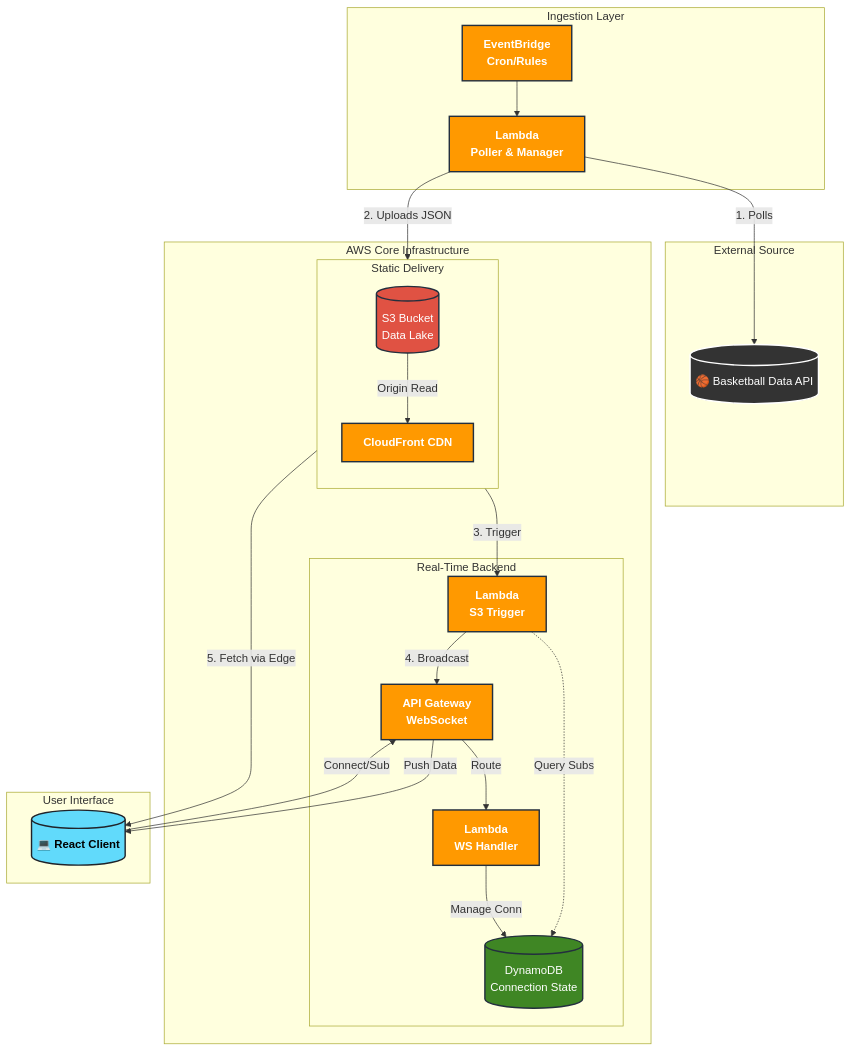
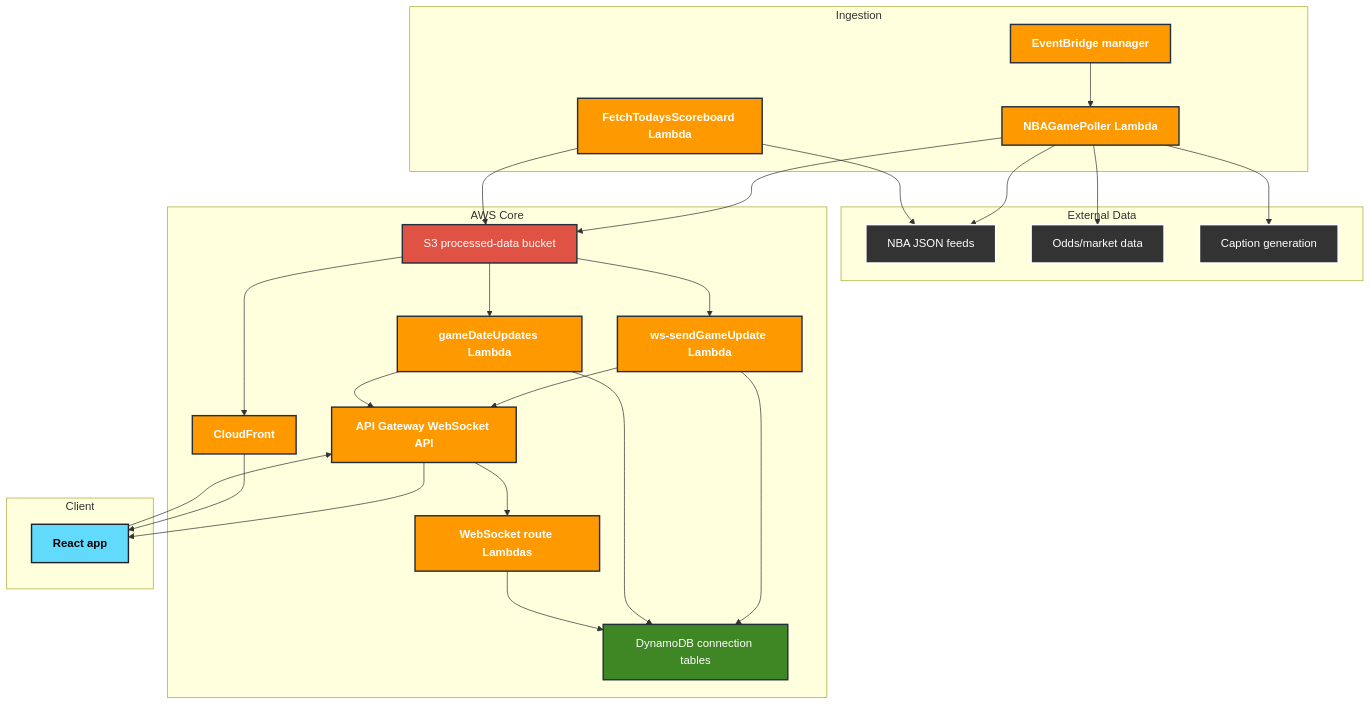
One commit to eaganro/MinutesMap changed the diagram in README.md. Above: the diagram before and after it, drawn with Mermaid. The commit also changed other lines of this file, not shown here.

````diff
--- a/README.md
+++ b/README.md
@@ -20,63 +26,57 @@
 ```mermaid
 flowchart TD
-    %% --- Styling ---
     classDef aws fill:#FF9900,stroke:#232F3E,stroke-width:2px,color:white,font-weight:bold;
     classDef storage fill:#E05243,stroke:#232F3E,stroke-width:2px,color:white;
     classDef db fill:#3F8624,stroke:#232F3E,stroke-width:2px,color:white;
     classDef client fill:#61DAFB,stroke:#20232a,stroke-width:2px,color:black,font-weight:bold;
     classDef ext fill:#333,stroke:#fff,stroke-width:2px,color:white;
 
-    %% --- Nodes ---
-    subgraph External [External Source]
-        DataAPI[("🏀 Basketball Data API")]:::ext
+    subgraph External["External Data"]
+        NBA["NBA JSON feeds"]:::ext
+        Odds["Odds/market data"]:::ext
+        AI["Caption generation"]:::ext
     end
 
-    subgraph Ingestion [Ingestion Layer]
-        EB[EventBridge<br/>Cron/Rules]:::aws
-        L_Poller[Lambda<br/>Poller & Manager]:::aws
+    subgraph Ingestion["Ingestion"]
+        Manager["EventBridge manager"]:::aws
+        Poller["NBAGamePoller Lambda"]:::aws
+        Scoreboard["FetchTodaysScoreboard Lambda"]:::aws
     end
 
-    subgraph Core [AWS Core Infrastructure]
-        %% We group S3 and CF together to force them to the right side
-        subgraph Static [Static Delivery]
-            direction TB
-            S3[("S3 Bucket<br/>Data Lake")]:::storage
-            CF[CloudFront CDN]:::aws
-        end
-
-        subgraph RealTime [Real-Time Backend]
-            L_Event[Lambda<br/>S3 Trigger]:::aws
-            L_WS[Lambda<br/>WS Handler]:::aws
-            DDB[("DynamoDB<br/>Connection State")]:::db
-            APIG[API Gateway<br/>WebSocket]:::aws
-        end
+    subgraph AWS["AWS Core"]
+        S3["S3 processed-data bucket"]:::storage
+        CF["CloudFront"]:::aws
+        GameNotifier["ws-sendGameUpdate Lambda"]:::aws
+        DateNotifier["gameDateUpdates Lambda"]:::aws
+        WsHandlers["WebSocket route Lambdas"]:::aws
+        DDB["DynamoDB connection tables"]:::db
+        APIG["API Gateway WebSocket API"]:::aws
     end
 
-    subgraph Frontend [User Interface]
-        Browser[("💻 React Client")]:::client
+    subgraph Client["Client"]
+        Browser["React app"]:::client
     end
 
-    %% --- Connections ---
+    Manager --> Poller
+    Poller --> NBA
+    Poller --> Odds
+    Poller --> AI
+    Poller --> S3
+    Scoreboard --> NBA
+    Scoreboard --> S3
 
-    %% 1. Ingestion Flow (Top to Bottom)
-    EB --> L_Poller
-    L_Poller -- 1. Polls --> DataAPI
-    L_Poller -- 2. Uploads JSON --> S3
+    S3 --> GameNotifier
+    S3 --> DateNotifier
+    GameNotifier --> DDB
+    DateNotifier --> DDB
+    GameNotifier --> APIG
+    DateNotifier --> APIG
 
-    %% 2. Notification Flow (Left Side)
-    S3 -- 3. Trigger --> L_Event
-    L_Event -. Query Subs .-> DDB
-    L_Event -- 4. Broadcast --> APIG
-    APIG -- Push Data --> Browser
+    Browser --> APIG
+    APIG --> WsHandlers
+    WsHandlers --> DDB
+    APIG --> Browser
 
-    %% 3. Static Data Flow (Right Side)
-    %% CHANGED: We model this as Data Flow (S3 -> CF) to avoid the upward arrow crossing
-    S3 -- Origin Read --> CF
-    CF -- 5. Fetch via Edge --> Browser
-
-    %% 4. WebSocket Connection (Bottom Up - inevitable, but cleaner now)
-    Browser -- Connect/Sub --> APIG
-    APIG -- Route --> L_WS
-    L_WS -- Manage Conn --> DDB
-
+    S3 --> CF
+    CF --> Browser
 ```
````
